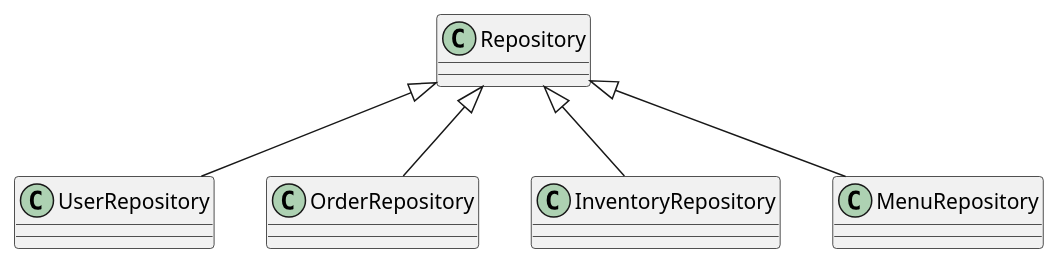
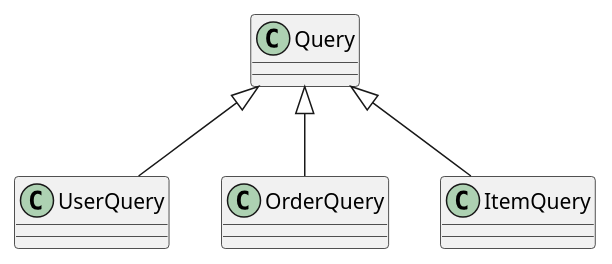
Before and after one commit to maulidinar/plantuml: the third of 4 diagrams in Class Diagram.puml, drawn with PlantUML. The commit also changed other lines of this file and 1 other file, not shown here.

```diff
--- a/Class Diagram.puml
+++ b/Class Diagram.puml
@@ -16,6 +51,5 @@
 @startuml RepositoryAPIClassDiagram
-Repository <|-- UserRepository
-Repository <|-- OrderRepository
-Repository <|-- InventoryRepository
-Repository <|-- MenuRepository
+Query <|-- UserQuery
+Query <|-- OrderQuery
+Query <|-- ItemQuery
 @enduml
```
